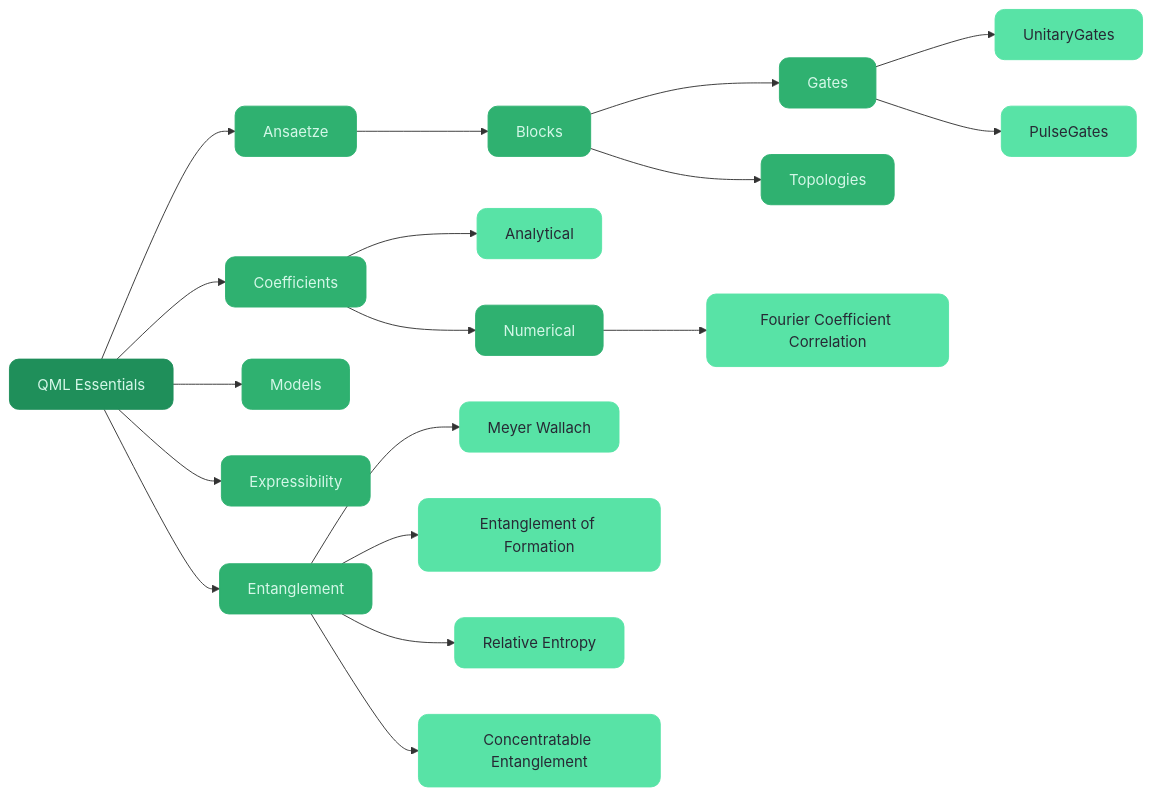
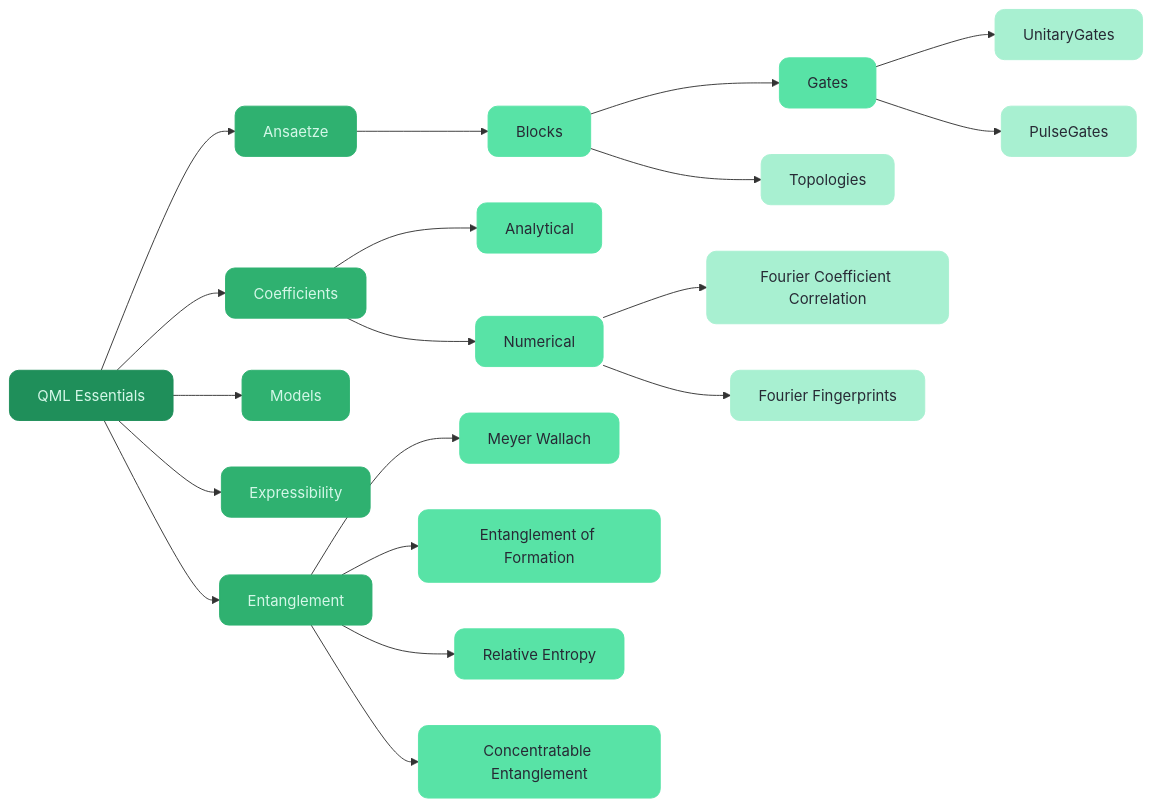
One commit to cirKITers/qml-essentials changed the diagram in README.md. Above: the diagram before and after it, drawn with Mermaid. The commit also changed other lines of this file, not shown here.

````diff
--- a/README.md
+++ b/README.md
@@ -38,40 +40,32 @@
 ```mermaid
 flowchart LR
     qmless[QML Essentials]
     qmless --> qmless.ansaetze[Ansaetze]
     qmless.ansaetze[Ansaetze] --> qmless.blocks[Blocks]
     qmless.blocks[Blocks] --> qmless.gates[Gates]
     qmless.blocks[Blocks] --> qmless.topo[Topologies]
     qmless.gates[Gates] --> qmless.unitary[UnitaryGates]
     qmless.gates[Gates] --> qmless.pulse[PulseGates]
     qmless --> qmless.coefficients[Coefficients]
     qmless.coefficients[Coefficients] --> qmless.analytical[Analytical]
     qmless.coefficients[Coefficients] --> qmless.numerical[Numerical]
     qmless.numerical[Numerical] --> qmless.fcc[Fourier Coefficient Correlation]
+    qmless.numerical[Numerical] --> qmless.fingerprint[Fourier Fingerprints]
     qmless --> qmless.models[Models]
     qmless --> qmless.expr[Expressibility]
     qmless --> qmless.ent[Entanglement]
     qmless.ent[Entanglement] --> qmless.mw[Meyer Wallach]
     qmless.ent[Entanglement] --> qmless.ef[Entanglement of Formation]
     qmless.ent[Entanglement] --> qmless.re[Relative Entropy]
     qmless.ent[Entanglement] --> qmless.ce[Concentratable Entanglement]
 
-    style qmless fill:#1f8f5a,stroke:#1f8f5a,color:#d4f7e8,rx:10,ry:10
-    style qmless.ansaetze fill:#2fb170,stroke:#2fb170,color:#d4f7e8,rx:10,ry:10
-    style qmless.blocks fill:#2fb170,stroke:#2fb170,color:#d4f7e8,rx:10,ry:10
-    style qmless.gates fill:#2fb170,stroke:#2fb170,color:#d4f7e8,rx:10,ry:10
-    style qmless.topo fill:#2fb170,stroke:#2fb170,color:#d4f7e8,rx:10,ry:10
-    style qmless.unitary fill:#58e3a6,stroke:#58e3a6,color:#272a35,rx:10,ry:10
-    style qmless.pulse fill:#58e3a6,stroke:#58e3a6,color:#272a35,rx:10,ry:10
-    style qmless.coefficients fill:#2fb170,stroke:#2fb170,color:#d4f7e8,rx:10,ry:10
-    style qmless.numerical fill:#2fb170,stroke:#2fb170,color:#d4f7e8,rx:10,ry:10
-    style qmless.fcc fill:#58e3a6,stroke:#58e3a6,color:#272a35,rx:10,ry:10
-    style qmless.analytical fill:#58e3a6,stroke:#58e3a6,color:#272a35,rx:10,ry:10
-    style qmless.models fill:#2fb170,stroke:#2fb170,color:#d4f7e8,rx:10,ry:10
-    style qmless.expr fill:#2fb170,stroke:#2fb170,color:#d4f7e8,rx:10,ry:10
-    style qmless.ent fill:#2fb170,stroke:#2fb170,color:#d4f7e8,rx:10,ry:10
-    style qmless.mw fill:#58e3a6,stroke:#58e3a6,color:#272a35,rx:10,ry:10
-    style qmless.ef fill:#58e3a6,stroke:#58e3a6,color:#272a35,rx:10,ry:10
-    style qmless.re fill:#58e3a6,stroke:#58e3a6,color:#272a35,rx:10,ry:10
-    style qmless.ce fill:#58e3a6,stroke:#58e3a6,color:#272a35,rx:10,ry:10
+    classDef l1 fill:#1f8f5a,stroke:#1f8f5a,color:#d4f7e8,rx:10,ry:10
+    classDef l2 fill:#2fb170,stroke:#2fb170,color:#d4f7e8,rx:10,ry:10
+    classDef l3 fill:#58e3a6,stroke:#58e3a6,color:#272a35,rx:10,ry:10
+    classDef l4 fill:#a8f0d1,stroke:#a8f0d1,color:#272a35,rx:10,ry:10
+
+    class qmless l1
+    class qmless.ansaetze,qmless.coefficients,qmless.models,qmless.expr,qmless.ent l2
+    class qmless.blocks,qmless.gates,qmless.numerical,qmless.analytical,qmless.mw,qmless.ef,qmless.re,qmless.ce l3
+    class qmless.unitary,qmless.pulse,qmless.topo,qmless.fcc,qmless.fingerprint l4
 ```
````
